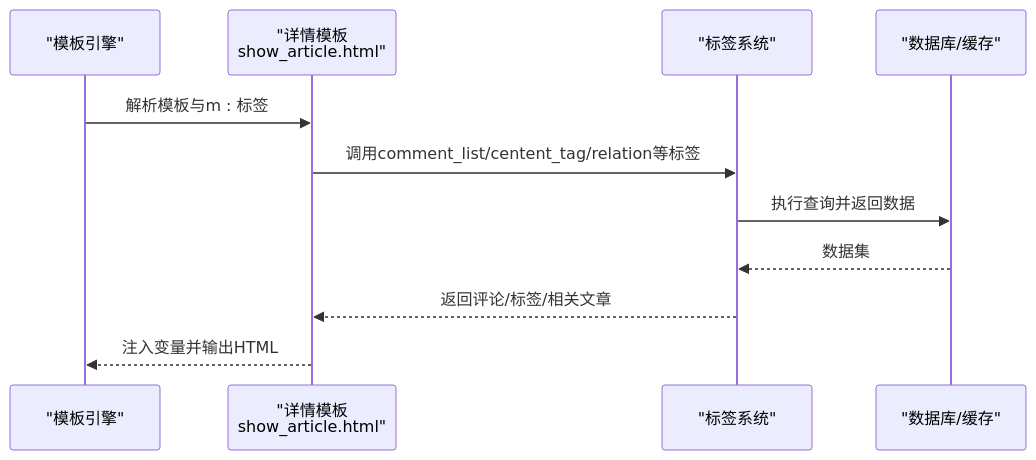
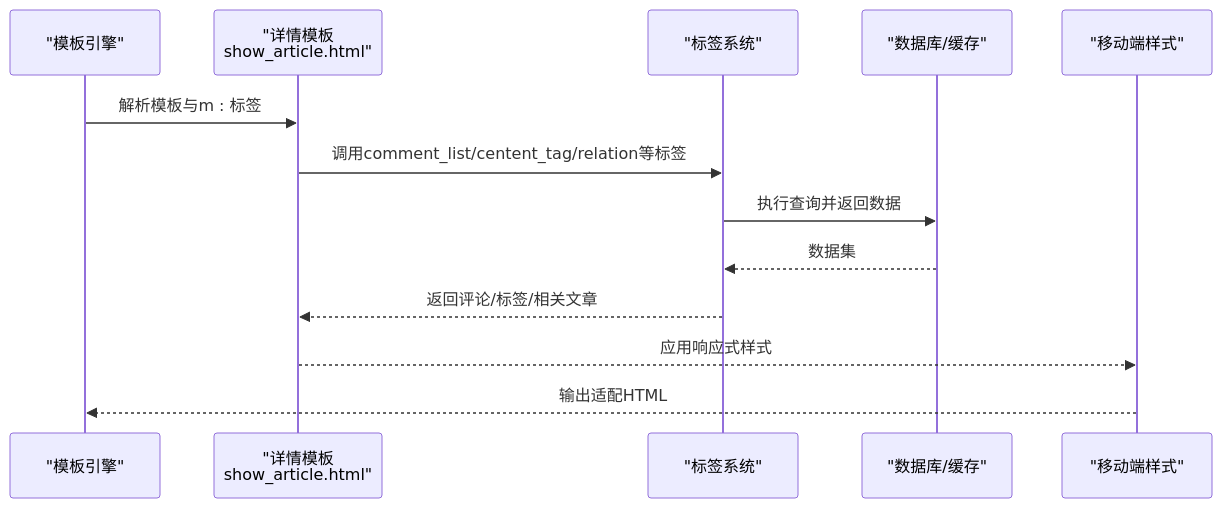
Before and after one commit to lirongyaoper/lryblog.com: the sixth of 7 diagrams in .qoder/repowiki/zh/content/系统架构/模块化设计/前台展示模块/前台模板系统.md, drawn with Mermaid. The commit also changed other lines of this file and 13 other files, not shown here.

````diff
--- a/.qoder/repowiki/zh/content/系统架构/模块化设计/前台展示模块/前台模板系统.md
+++ b/.qoder/repowiki/zh/content/系统架构/模块化设计/前台展示模块/前台模板系统.md
@@ -255,13 +260,15 @@
 ```mermaid
 sequenceDiagram
 participant T as "模板引擎"
 participant S as "详情模板<br/>show_article.html"
 participant TAG as "标签系统"
 participant DB as "数据库/缓存"
+participant MOBILE as "移动端样式"
 T->>S : 解析模板与m : 标签
 S->>TAG : 调用comment_list/centent_tag/relation等标签
 TAG->>DB : 执行查询并返回数据
 DB-->>TAG : 数据集
 TAG-->>S : 返回评论/标签/相关文章
-S-->>T : 注入变量并输出HTML
+S-->>MOBILE : 应用响应式样式
+MOBILE-->>T : 输出适配HTML
 ```
````
